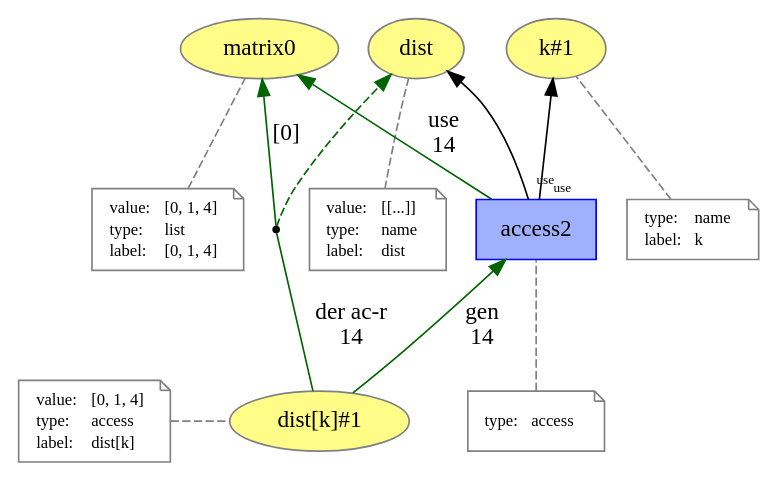
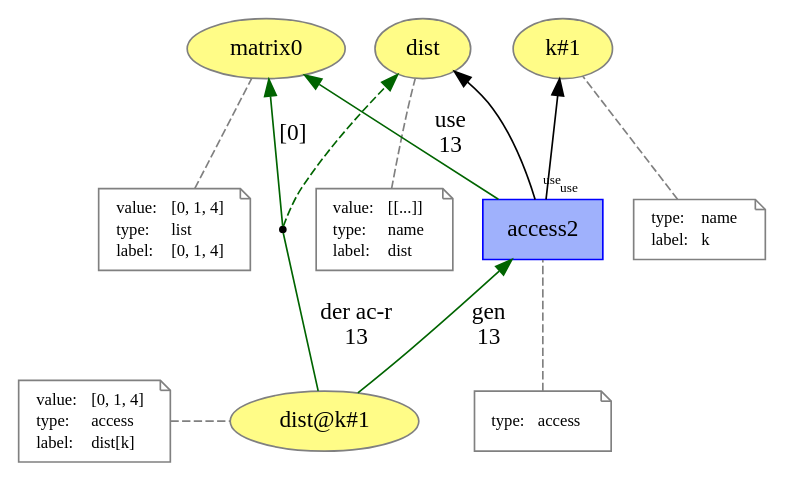
The diagram in generated/paper/access.dot (dew-uff/versioned-prov), drawn with Graphviz before and after one commit. The commit also changed 38 other files, not shown here.

```diff
--- a/generated/paper/access.dot
+++ b/generated/paper/access.dot
@@ -1,83 +1,83 @@
 digraph "PROV" { size="16,12"; rankdir="BT";
 "http://example.org/matrix0" [fillcolor="#FFFC87",color="#808080",style="filled",label="matrix0",URL="http://example.org/matrix0"]
 "-attrs0" [color="gray",shape="note",fontsize="10",fontcolor="black",label=<<TABLE cellpadding="0" border="0">
 	<TR>
 	    <TD align="left">value:</TD>
 	    <TD align="left">[0, 1, 4]</TD>
 	</TR>
 	<TR>
 	    <TD align="left">type:</TD>
 	    <TD align="left">list</TD>
 	</TR>
 	<TR>
 	    <TD align="left">label:</TD>
 	    <TD align="left">[0, 1, 4]</TD>
 	</TR>
 </TABLE>>]
 "-attrs0" -> "http://example.org/matrix0" [color="gray",style="dashed",arrowhead="none"]
 "http://example.org/dist" [fillcolor="#FFFC87",color="#808080",style="filled",label="dist",URL="http://example.org/dist"]
 "-attrs1" [color="gray",shape="note",fontsize="10",fontcolor="black",label=<<TABLE cellpadding="0" border="0">
 	<TR>
 	    <TD align="left">value:</TD>
 	    <TD align="left">[[...]]</TD>
 	</TR>
 	<TR>
 	    <TD align="left">type:</TD>
 	    <TD align="left">name</TD>
 	</TR>
 	<TR>
 	    <TD align="left">label:</TD>
 	    <TD align="left">dist</TD>
 	</TR>
 </TABLE>>]
 "-attrs1" -> "http://example.org/dist" [color="gray",style="dashed",arrowhead="none"]
 "http://example.org/k#1" [fillcolor="#FFFC87",color="#808080",style="filled",label="k#1",URL="http://example.org/k#1"]
 "-attrs2" [color="gray",shape="note",fontsize="10",fontcolor="black",label=<<TABLE cellpadding="0" border="0">
 	<TR>
 	    <TD align="left">type:</TD>
 	    <TD align="left">name</TD>
 	</TR>
 	<TR>
 	    <TD align="left">label:</TD>
 	    <TD align="left">k</TD>
 	</TR>
 </TABLE>>]
 "-attrs2" -> "http://example.org/k#1" [color="gray",style="dashed",arrowhead="none"]
-"http://example.org/dist\[k\]#1" [fillcolor="#FFFC87",color="#808080",style="filled",label="dist\[k\]#1",URL="http://example.org/dist\[k\]#1"]
+"http://example.org/dist@k#1" [fillcolor="#FFFC87",color="#808080",style="filled",label="dist@k#1",URL="http://example.org/dist@k#1"]
 "-attrs3" [color="gray",shape="note",fontsize="10",fontcolor="black",label=<<TABLE cellpadding="0" border="0">
 	<TR>
 	    <TD align="left">value:</TD>
 	    <TD align="left">[0, 1, 4]</TD>
 	</TR>
 	<TR>
 	    <TD align="left">type:</TD>
 	    <TD align="left">access</TD>
 	</TR>
 	<TR>
 	    <TD align="left">label:</TD>
 	    <TD align="left">dist[k]</TD>
 	</TR>
 </TABLE>>]
-"-attrs3" -> "http://example.org/dist\[k\]#1" [color="gray",style="dashed",arrowhead="none"]
+"-attrs3" -> "http://example.org/dist@k#1" [color="gray",style="dashed",arrowhead="none"]
 "http://example.org/access2" [fillcolor="#9FB1FC",color="#0000FF",shape="polygon",sides="4",style="filled",label="access2",URL="http://example.org/access2"]
 "-attrs4" [color="gray",shape="note",fontsize="10",fontcolor="black",label=<<TABLE cellpadding="0" border="0">
 	<TR>
 	    <TD align="left">type:</TD>
 	    <TD align="left">access</TD>
 	</TR>
 </TABLE>>]
 "-attrs4" -> "http://example.org/access2" [color="gray",style="dashed",arrowhead="none"]
 "bn0" [shape="point",label=""]
-"http://example.org/dist\[k\]#1" -> "bn0" [labelfontsize="8",labeldistance="1.5",color="darkgreen",labelangle="60.0",rotation="20",label="der ac-r
-14",arrowhead="none"]
+"http://example.org/dist@k#1" -> "bn0" [labelfontsize="8",labeldistance="1.5",color="darkgreen",labelangle="60.0",rotation="20",label="der ac-r
+13",arrowhead="none"]
 "bn0" -> "http://example.org/dist" [color="darkgreen",style="dashed"]
 "bn0" -> "http://example.org/matrix0" [labelfontsize="8",labeldistance="1.5",color="darkgreen",labelangle="60.0",rotation="20",label="[0]"]
 "http://example.org/access2" -> "http://example.org/k#1" [labelfontsize="8",labeldistance="1.5",labelangle="60.0",rotation="20",taillabel="use"]
 "http://example.org/access2" -> "http://example.org/dist" [labelfontsize="8",labeldistance="1.5",labelangle="60.0",rotation="20",taillabel="use"]
 
-{rank=same "http://example.org/dist\[k\]#1" "-attrs3"}
+{rank=same "http://example.org/dist@k#1" "-attrs3"}
 "http://example.org/access2" -> "http://example.org/matrix0" [labelfontsize="8",labeldistance="1.5",color="darkgreen",labelangle="60.0",rotation="20",label="use
-14"]
-"http://example.org/dist\[k\]#1" -> "http://example.org/access2" [labelfontsize="8",labeldistance="1.5",color="darkgreen",labelangle="60.0",rotation="20",label="gen
-14"]
+13"]
+"http://example.org/dist@k#1" -> "http://example.org/access2" [labelfontsize="8",labeldistance="1.5",color="darkgreen",labelangle="60.0",rotation="20",label="gen
+13"]
 }
```
